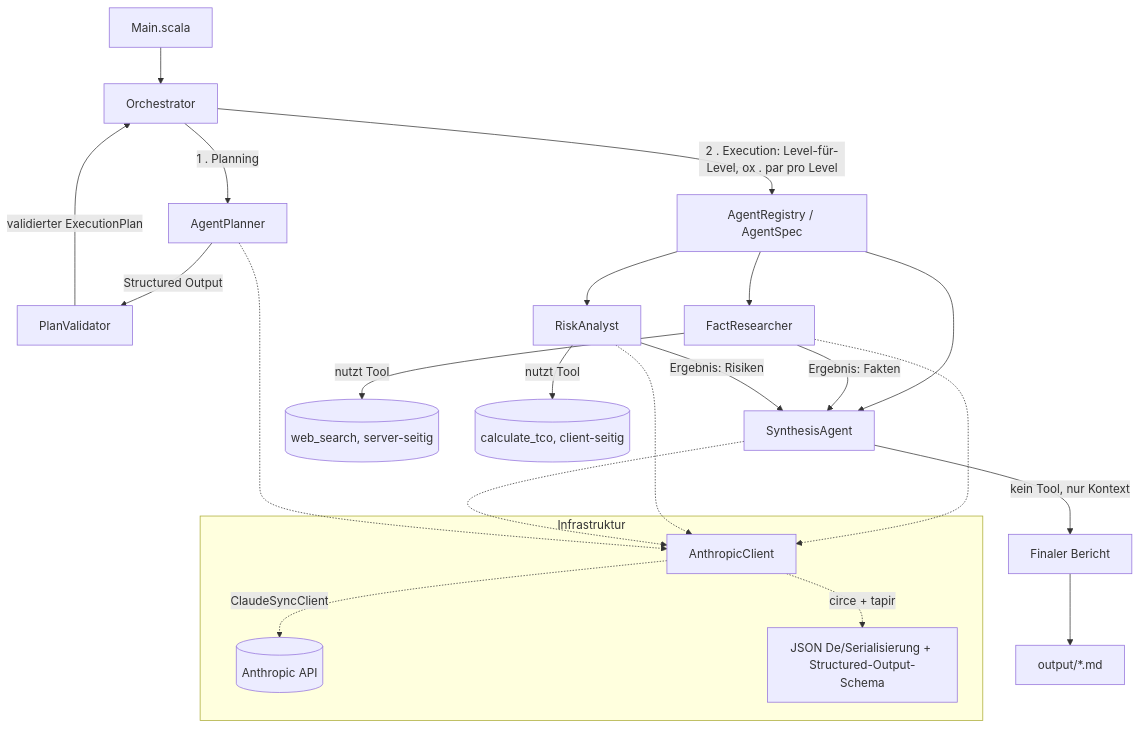
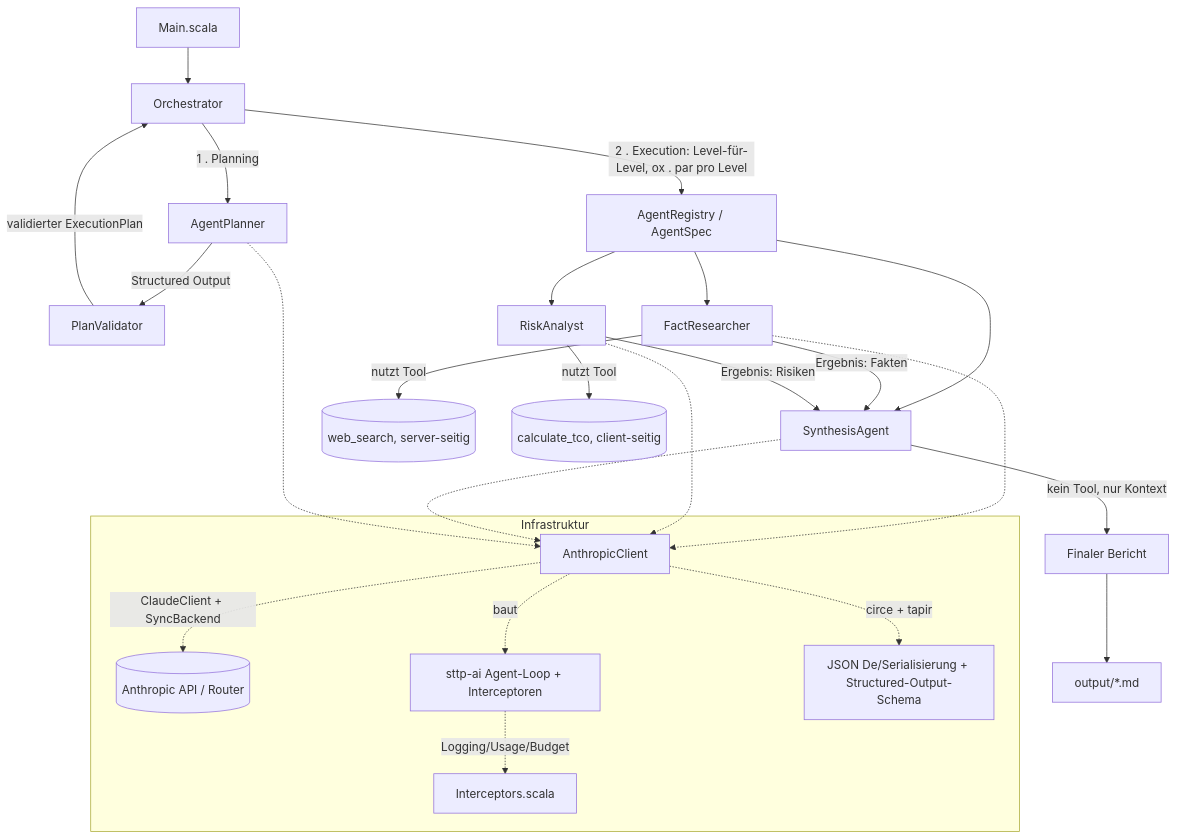
One commit to GuntherW/scala-cheatsheet changed the second of 3 diagrams in cli/multi-agent-agentic-orchestrator/README.md. Above: the diagram before and after it, drawn with Mermaid. The commit also changed other lines of this file, not shown here.

First line of the commit message:
multi-agent-agentic-orchestrator: README auf Interceptor-Architektur aktualisiert

````diff
--- a/cli/multi-agent-agentic-orchestrator/README.md
+++ b/cli/multi-agent-agentic-orchestrator/README.md
@@ -132,26 +133,28 @@
 ```mermaid
 flowchart TD
     A[Main.scala] --> B[Orchestrator]
     B -->|1 . Planning| P[AgentPlanner]
     P -->|Structured Output| V[PlanValidator]
     V -->|validierter ExecutionPlan| B
     B -->|2 . Execution: Level-für-Level, ox . par pro Level| REG[AgentRegistry / AgentSpec]
     REG --> C[FactResearcher]
     REG --> D[RiskAnalyst]
     REG --> E[SynthesisAgent]
     C -->|nutzt Tool| C1[(web_search, server-seitig)]
     D -->|nutzt Tool| D1[(calculate_tco, client-seitig)]
     C -->|Ergebnis: Fakten| E
     D -->|Ergebnis: Risiken| E
     E -->|kein Tool, nur Kontext| F[Finaler Bericht]
     F --> G[output/*.md]
 
     subgraph Infrastruktur
-        H[AnthropicClient] -. ClaudeSyncClient .-> I[(Anthropic API)]
+        H[AnthropicClient] -. ClaudeClient + SyncBackend .-> I[(Anthropic API / Router)]
+        H -. baut .-> AG[sttp-ai Agent-Loop + Interceptoren]
+        AG -. Logging/Usage/Budget .-> INT[Interceptors.scala]
         H -. circe + tapir .-> J[JSON De/Serialisierung + Structured-Output-Schema]
     end
     C -.-> H
     D -.-> H
     E -.-> H
     P -.-> H
 ```
````
